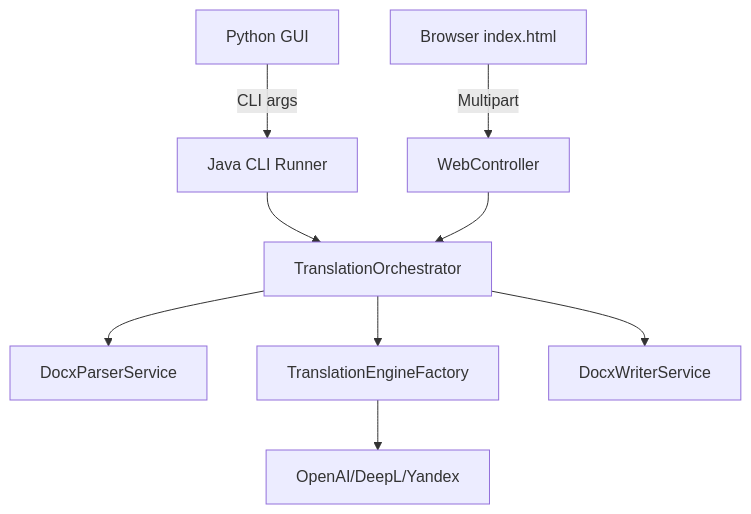
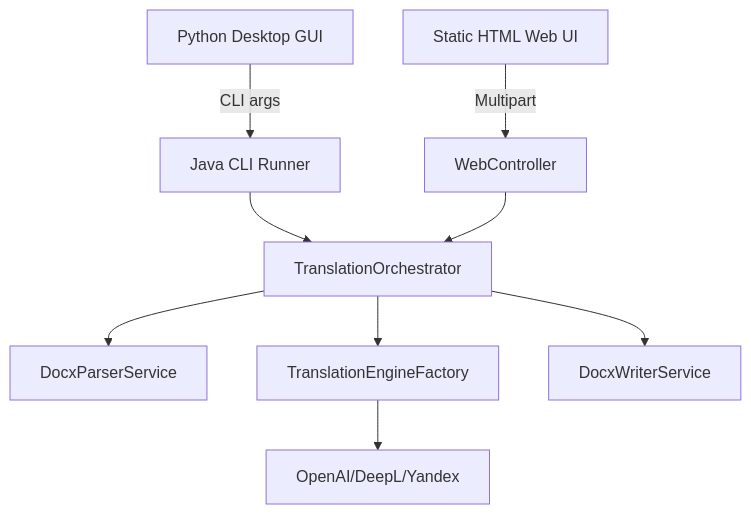
The diagram in README.md (Milomilo777/machine-translate-docx), drawn with Mermaid before and after one commit. The commit also changed other lines of this file and 6 other files, not shown here.

````diff
--- a/README.md
+++ b/README.md
@@ -12,11 +12,11 @@
 ```mermaid
 graph TD;
-    A[Python GUI] -->|CLI args| B[Java CLI Runner]
-    C[Browser index.html] -->|Multipart| D[WebController]
+    A[Python Desktop GUI] -->|CLI args| B[Java CLI Runner]
+    C[Static HTML Web UI] -->|Multipart| D[WebController]
     B --> E[TranslationOrchestrator]
     D --> E
     E --> F[DocxParserService]
     E --> G[TranslationEngineFactory]
     G --> H[OpenAI/DeepL/Yandex]
     E --> I[DocxWriterService]
 ```
````
